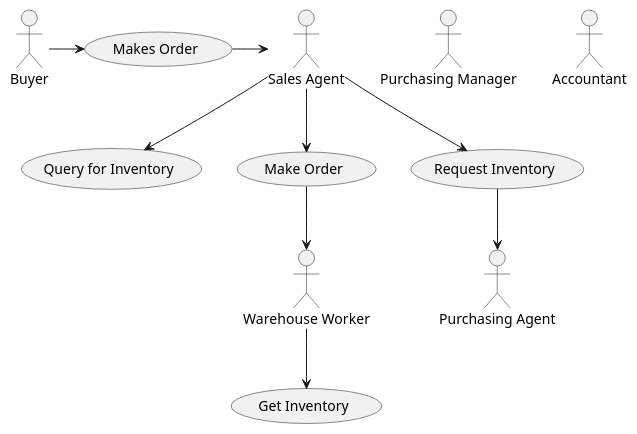
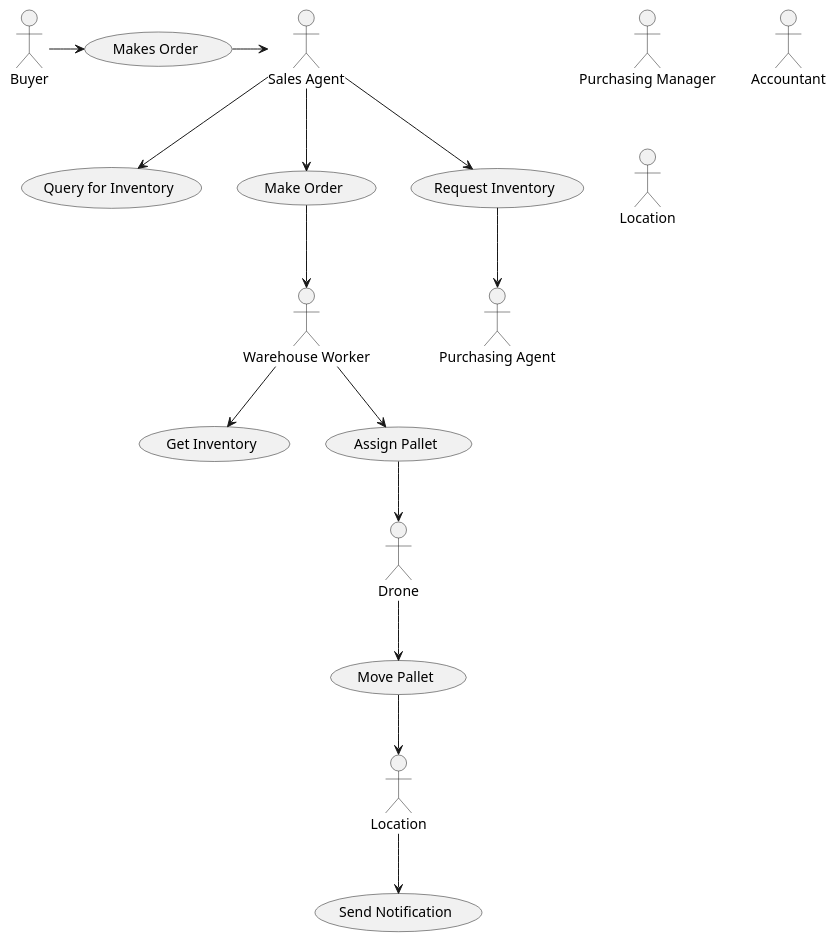
One commit to supalogix/cecs-406-plantuml changed the diagram in scenarios/use_case1.puml. Above: the diagram before and after it, drawn with PlantUML. The commit also changed 2 other files, not shown here.

```diff
--- a/scenarios/use_case1.puml
+++ b/scenarios/use_case1.puml
@@ -1,15 +1,23 @@
 :Buyer: as BU
 :Sales Agent: as SA
 :Purchasing Manager: as PM
 :Warehouse Worker: as WW
 :Purchasing Agent: as PA
 :Accountant: as AC
+:Drone: as DR
+:Location: as LO
 
 BU -> (Makes Order)
 (Makes Order) -> SA
 SA --> (Query for Inventory)
 SA --> (Make Order)
 (Make Order) --> WW
 WW --> (Get Inventory)
 SA --> (Request Inventory)
 (Request Inventory) --> PA
+
+WW --> (Assign Pallet)
+(Assign Pallet) --> DR
+DR --> (Move Pallet)
+(Move Pallet) --> Location
+Location --> (Send Notification)
```
